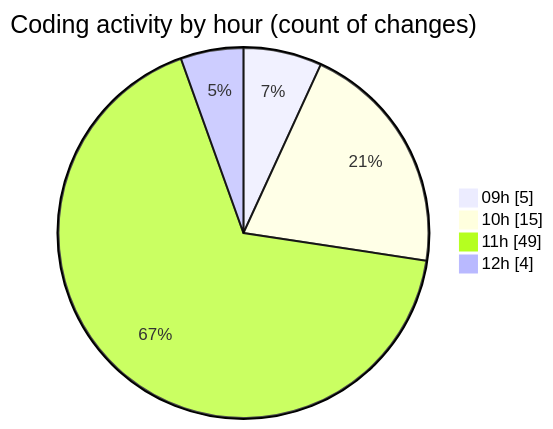
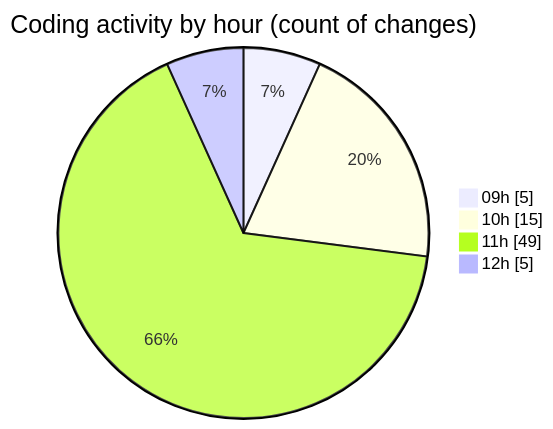
One commit to CELIANVF/code-tracking changed the second of 2 diagrams in 2025-06-13/ecodeli-1/README.md. Above: the diagram before and after it, drawn with Mermaid. The commit also changed other lines of this file and 1 other file, not shown here.

````diff
--- a/2025-06-13/ecodeli-1/README.md
+++ b/2025-06-13/ecodeli-1/README.md
@@ -47,8 +47,8 @@
 ```mermaid
 pie showData
 title Coding activity by hour (count of changes)
 "09h" : 5
 "10h" : 15
 "11h" : 49
-"12h" : 4
+"12h" : 5
 ```
````
